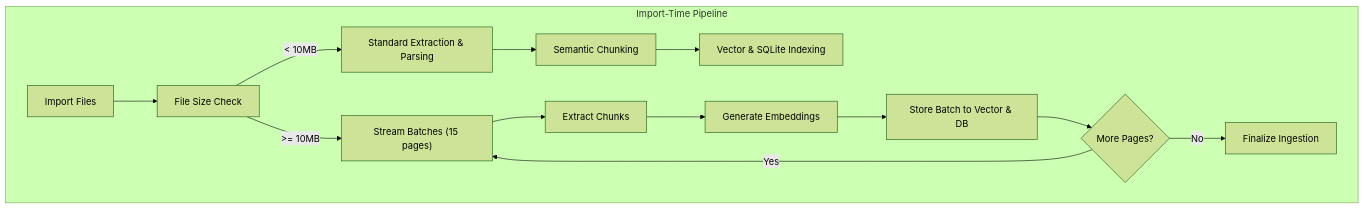
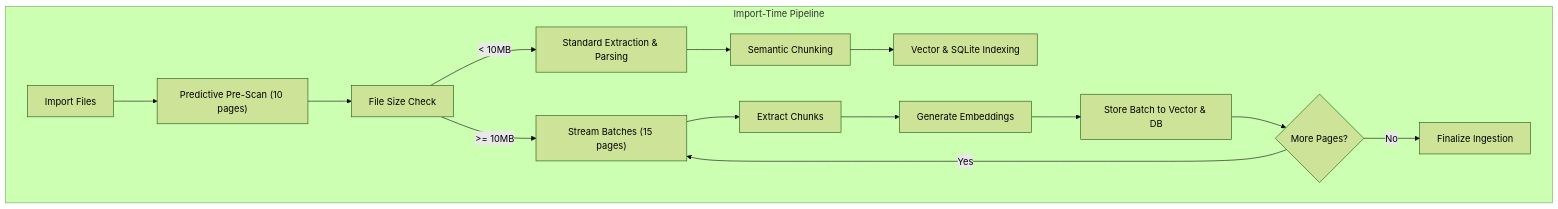
One commit to Gunnarguy/OpenIntelligence changed the third of 7 diagrams in Docs/OPENINTELLIGENCE_ARCHITECTURE_ATLAS.md. Above: the diagram before and after it, drawn with Mermaid (forest theme). The commit also changed other lines of this file and 31 other files, not shown here.

````diff
--- a/Docs/OPENINTELLIGENCE_ARCHITECTURE_ATLAS.md
+++ b/Docs/OPENINTELLIGENCE_ARCHITECTURE_ATLAS.md
@@ -141,19 +141,20 @@
 ```mermaid
 flowchart TD
   subgraph INGEST["Import-Time Pipeline"]
     A1["Import Files"]
-    A2["File Size Check"]
-    A1 --> A2
+    SCAN["Predictive Pre-Scan (10 pages)"]
+    A1 --> SCAN
+    SCAN --> A2["File Size Check"]
     A2 -- "< 10MB" --> A3["Standard Extraction & Parsing"]
     A3 --> A4["Semantic Chunking"]
     A4 --> A5["Vector & SQLite Indexing"]
     
     A2 -- ">= 10MB" --> S1["Stream Batches (15 pages)"]
     S1 --> S2["Extract Chunks"]
     S2 --> S3["Generate Embeddings"]
     S3 --> S4["Store Batch to Vector & DB"]
     S4 --> S5{"More Pages?"}
     S5 -- "Yes" --> S1
     S5 -- "No" --> S6["Finalize Ingestion"]
   end
 ```
````
